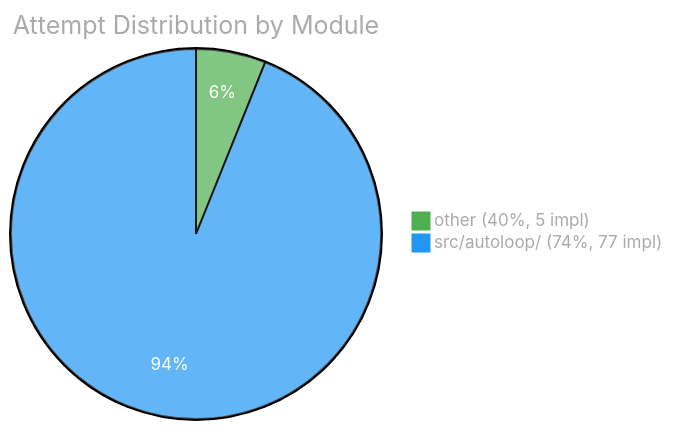
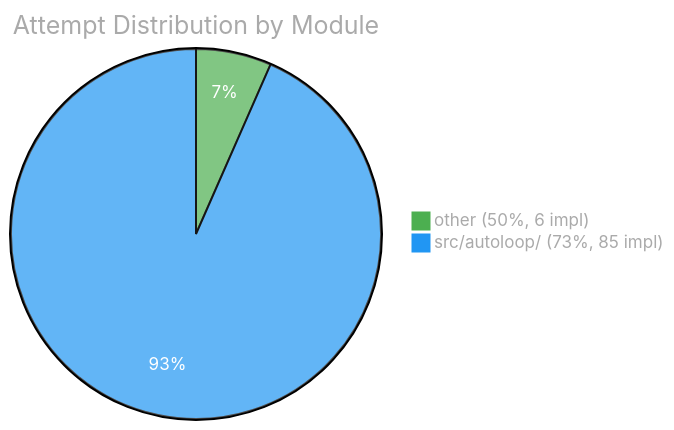
The third of 3 diagrams in EVAL.md (Sanctum-Origo-Systems/autoloop), drawn with Mermaid before and after one commit. The commit also changed other lines of this file and 1 other file, not shown here.

````diff
--- a/EVAL.md
+++ b/EVAL.md
@@ -52,6 +54,6 @@
 ```mermaid
 %%{init: {'theme': 'base', 'themeVariables': {'pie1': '#4CAF50', 'pie2': '#2196F3', 'pie3': '#FF9800', 'pie4': '#E91E63', 'pie5': '#9C27B0', 'pie6': '#00BCD4', 'pieTitleTextColor': '#aaa', 'pieLegendTextColor': '#aaa', 'pieSectionTextColor': '#fff'}}}%%
 pie title Attempt Distribution by Module
-    "other (40%, 5 impl)" : 5
-    "src/autoloop/ (74%, 77 impl)" : 77
+    "other (50%, 6 impl)" : 6
+    "src/autoloop/ (73%, 85 impl)" : 85
 ```
````
